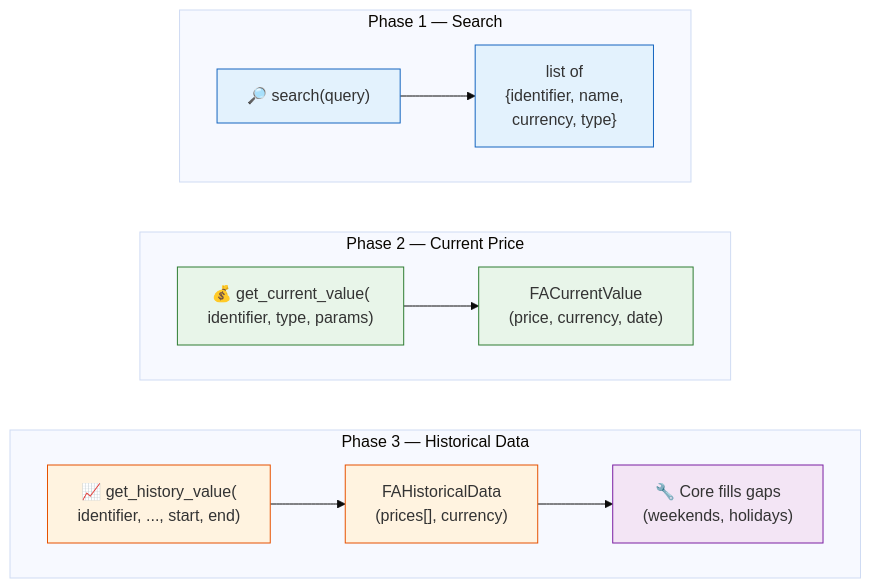
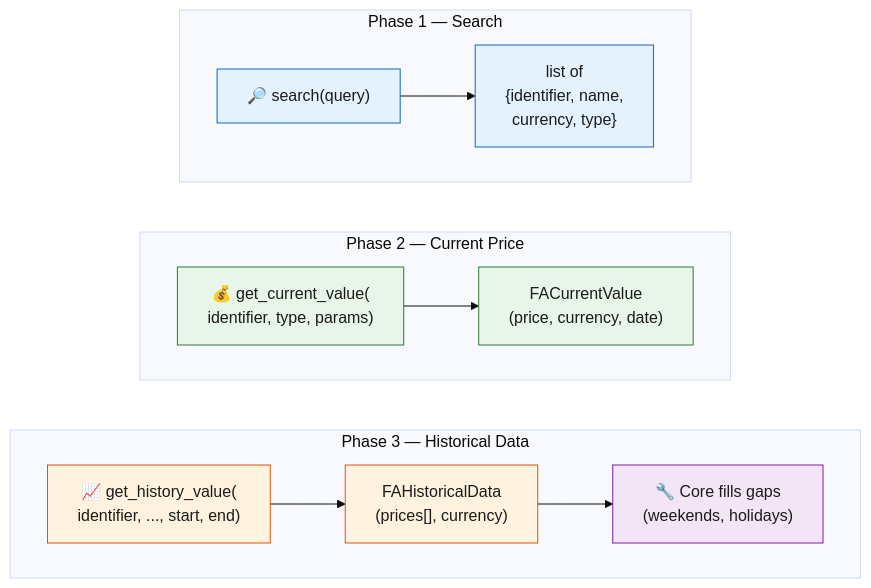
The diagram in mkdocs_src/docs/developer/architecture/patterns/asset_plugin_guide.md (Librefolio/LibreFolio), drawn with Mermaid (base theme) before and after one commit. The commit also changed 2 other files, not shown here.

Commit message:
fix(docs): diagram text colour in the plugin guides

````diff
--- a/mkdocs_src/docs/developer/architecture/patterns/asset_plugin_guide.md
+++ b/mkdocs_src/docs/developer/architecture/patterns/asset_plugin_guide.md
@@ -53,31 +53,31 @@
 ```mermaid
 graph TD
     subgraph P1["Phase 1 — Search"]
         S1["🔎 search(query)"]
         S2["list of<br/>{identifier, name,<br/>currency, type}"]
         S1 --> S2
     end
 
     subgraph P2["Phase 2 — Current Price"]
         C1["💰 get_current_value(<br/>identifier, type, params)"]
         C2["FACurrentValue<br/>(price, currency, date)"]
         C1 --> C2
     end
 
     subgraph P3["Phase 3 — Historical Data"]
         H1["📈 get_history_value(<br/>identifier, ..., start, end)"]
         H2["FAHistoricalData<br/>(prices[], currency)"]
         H3["🔧 Core fills gaps<br/>(weekends, holidays)"]
         H1 --> H2 --> H3
     end
 
     P1 ~~~ P2 ~~~ P3
 
-    style S1 fill:#e3f2fd,stroke:#1565c0
-    style S2 fill:#e3f2fd,stroke:#1565c0
-    style C1 fill:#e8f5e9,stroke:#2e7d32
-    style C2 fill:#e8f5e9,stroke:#2e7d32
-    style H1 fill:#fff3e0,stroke:#e65100
-    style H2 fill:#fff3e0,stroke:#e65100
-    style H3 fill:#f3e5f5,stroke:#7b1fa2
+    style S1 fill:#e3f2fd,color:#1b1b1b,stroke:#1565c0
+    style S2 fill:#e3f2fd,color:#1b1b1b,stroke:#1565c0
+    style C1 fill:#e8f5e9,color:#1b1b1b,stroke:#2e7d32
+    style C2 fill:#e8f5e9,color:#1b1b1b,stroke:#2e7d32
+    style H1 fill:#fff3e0,color:#1b1b1b,stroke:#e65100
+    style H2 fill:#fff3e0,color:#1b1b1b,stroke:#e65100
+    style H3 fill:#f3e5f5,color:#1b1b1b,stroke:#7b1fa2
 ```
````
